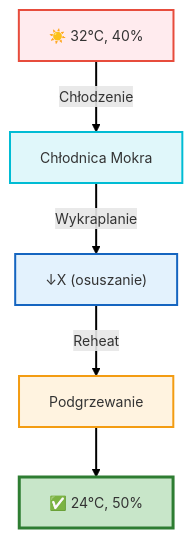
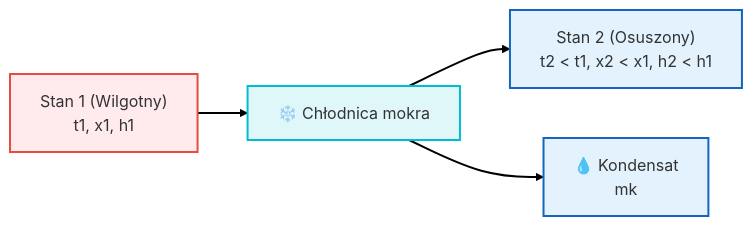
Before and after one commit to moondec/Termodynamika: the third of 3 diagrams in Wyklady/13_Klimatyzacja.qmd, drawn with Mermaid. The commit also changed other lines of this file and 2 other files, not shown here.

Commit message:
W13: podział slajdów 8 i 16, poprawka LaTeX, powiększenie diagramu mermaid

````diff
--- a/Wyklady/13_Klimatyzacja.qmd
+++ b/Wyklady/13_Klimatyzacja.qmd
@@ -360,18 +194,14 @@
 ```{mermaid}
 %%| fig-align: center
-%%| fig-width: 6
+%%| fig-width: 18.2
+%%| fig-height: 3.1
 
-%%{init: {'theme': 'default', 'flowchart': { 'useMaxWidth': false, 'htmlLabels': true }, 'themeVariables': { 'fontSize': '14px', 'fontFamily': 'sans-serif' }}}%%
-flowchart TD
-    Z["☀️ 32°C, 40%"] -->|"Chłodzenie"| CH["Chłodnica Mokra"]
-    CH -->|"Wykraplanie"| WY["↓X (osuszanie)"]
-    WY -->|"Reheat"| RH["Podgrzewanie"]
-    RH --> CEL["✅ 24°C, 50%"]
-    
-    style Z fill:#ffebee,stroke:#e74c3c,stroke-width:2px
+flowchart LR
+    A["Stan 1 (Wilgotny)<br>t1, x1, h1"] --> CH["❄️ Chłodnica mokra"] --> B["Stan 2 (Osuszony)<br>t2 < t1, x2 < x1, h2 < h1"]
+    CH --> K["💧 Kondensat<br>mk"]
+    style A fill:#ffebee,stroke:#e74c3c,stroke-width:2px
     style CH fill:#e0f7fa,stroke:#00bcd4,stroke-width:2px
-    style WY fill:#e3f2fd,stroke:#1565c0,stroke-width:2px
-    style RH fill:#fff3e0,stroke:#f39c12,stroke-width:2px
-    style CEL fill:#c8e6c9,stroke:#2e7d32,stroke-width:3px
+    style B fill:#e3f2fd,stroke:#1565c0,stroke-width:2px
+    style K fill:#e3f2fd,stroke:#1565c0,stroke-width:2px
     linkStyle default stroke-width:2px,fill:none,stroke:black
 ```
````
